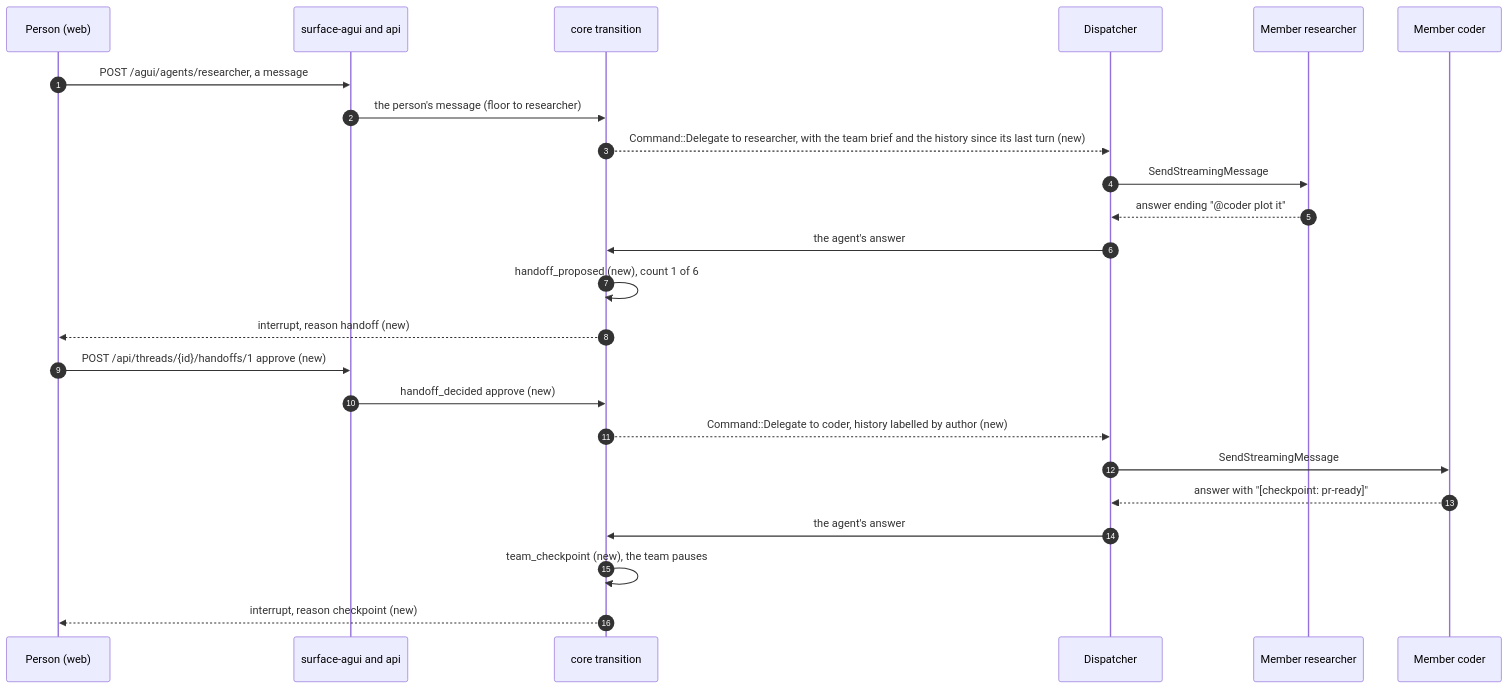
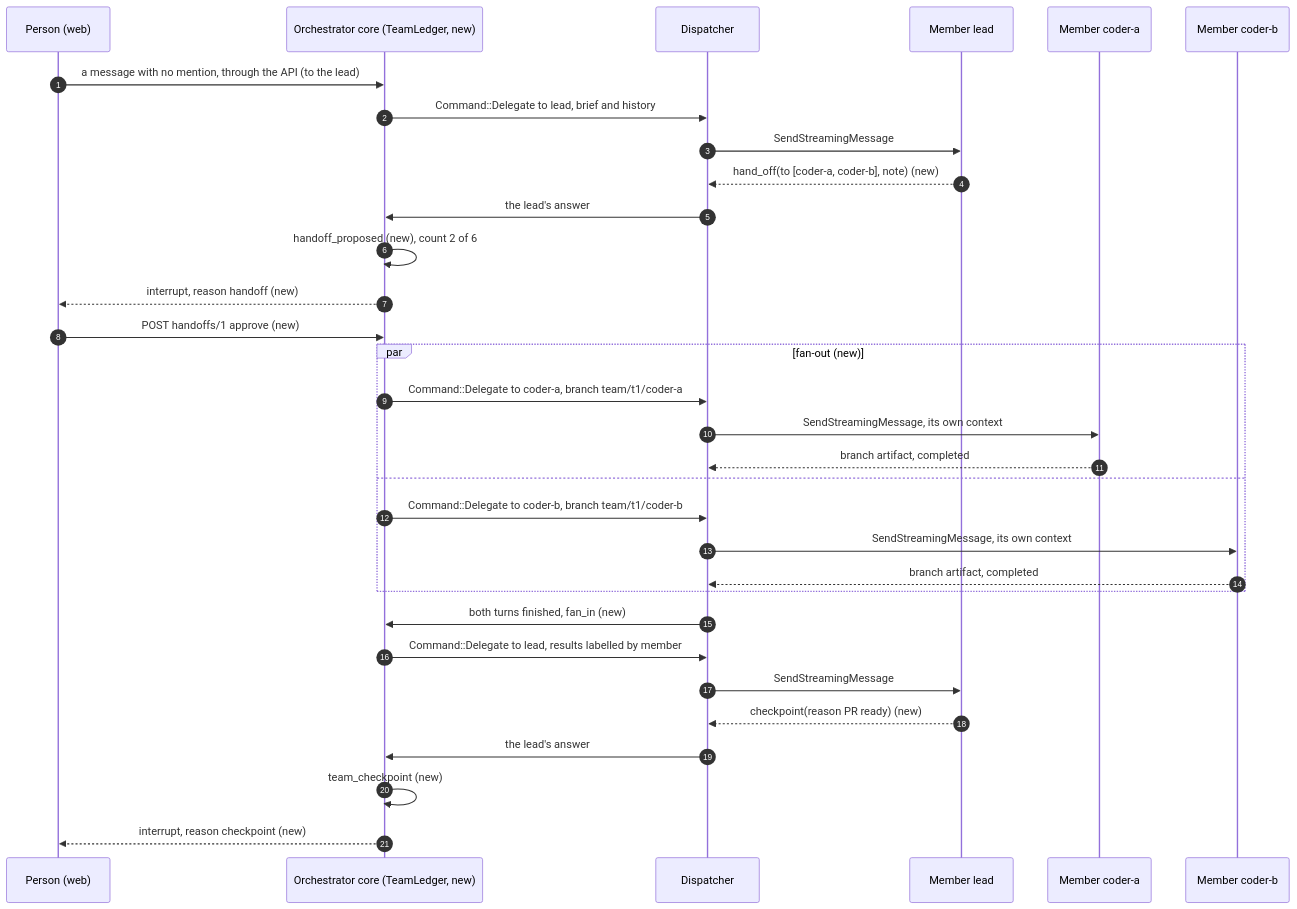
The first of 2 diagrams in docs/decisions/0074-agent-team.md (vymalo/another-agentic-system), drawn with Mermaid before and after one commit. The commit also changed other lines of this file and 3 other files, not shown here.

````diff
--- a/docs/decisions/0074-agent-team.md
+++ b/docs/decisions/0074-agent-team.md
@@ -120,26 +117,34 @@
 ```mermaid
 sequenceDiagram
   autonumber
   participant P as Person (web)
-  participant S as surface-agui and api
-  participant C as core transition
+  participant C as Orchestrator core (TeamLedger, new)
   participant D as Dispatcher
-  participant R as Member researcher
-  participant K as Member coder
-  P->>S: POST /agui/agents/researcher, a message
-  S->>C: the person's message (floor to researcher)
-  C-->>D: Command::Delegate to researcher, with the team brief and the history since its last turn (new)
-  D->>R: SendStreamingMessage
-  R-->>D: answer ending "@coder plot it"
-  D->>C: the agent's answer
-  C->>C: handoff_proposed (new), count 1 of 6
+  participant L as Member lead
+  participant A as Member coder-a
+  participant B as Member coder-b
+  P->>C: a message with no mention, through the API (to the lead)
+  C->>D: Command::Delegate to lead, brief and history
+  D->>L: SendStreamingMessage
+  L-->>D: hand_off(to [coder-a, coder-b], note) (new)
+  D->>C: the lead's answer
+  C->>C: handoff_proposed (new), count 2 of 6
   C-->>P: interrupt, reason handoff (new)
-  P->>S: POST /api/threads/{id}/handoffs/1 approve (new)
-  S->>C: handoff_decided approve (new)
-  C-->>D: Command::Delegate to coder, history labelled by author (new)
-  D->>K: SendStreamingMessage
-  K-->>D: answer with "[checkpoint: pr-ready]"
-  D->>C: the agent's answer
-  C->>C: team_checkpoint (new), the team pauses
+  P->>C: POST handoffs/1 approve (new)
+  par fan-out (new)
+    C->>D: Command::Delegate to coder-a, branch team/t1/coder-a
+    D->>A: SendStreamingMessage, its own context
+    A-->>D: branch artifact, completed
+  and
+    C->>D: Command::Delegate to coder-b, branch team/t1/coder-b
+    D->>B: SendStreamingMessage, its own context
+    B-->>D: branch artifact, completed
+  end
+  D->>C: both turns finished, fan_in (new)
+  C->>D: Command::Delegate to lead, results labelled by member
+  D->>L: SendStreamingMessage
+  L-->>D: checkpoint(reason PR ready) (new)
+  D->>C: the lead's answer
+  C->>C: team_checkpoint (new)
   C-->>P: interrupt, reason checkpoint (new)
 ```
````
